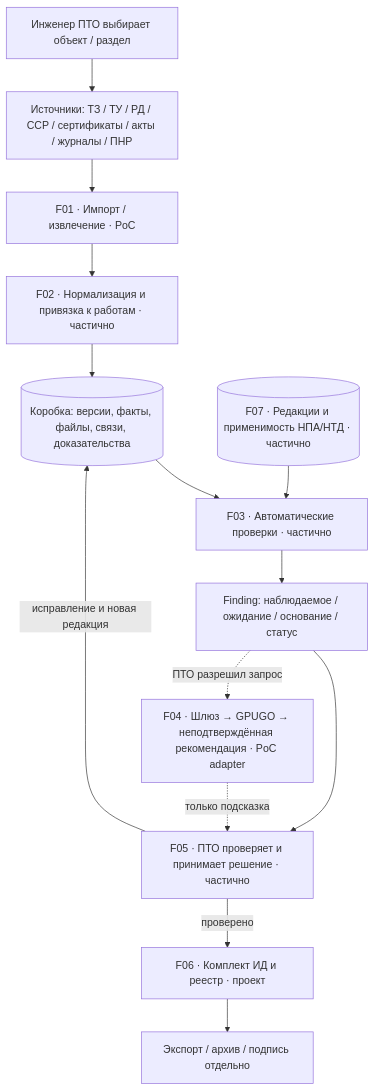
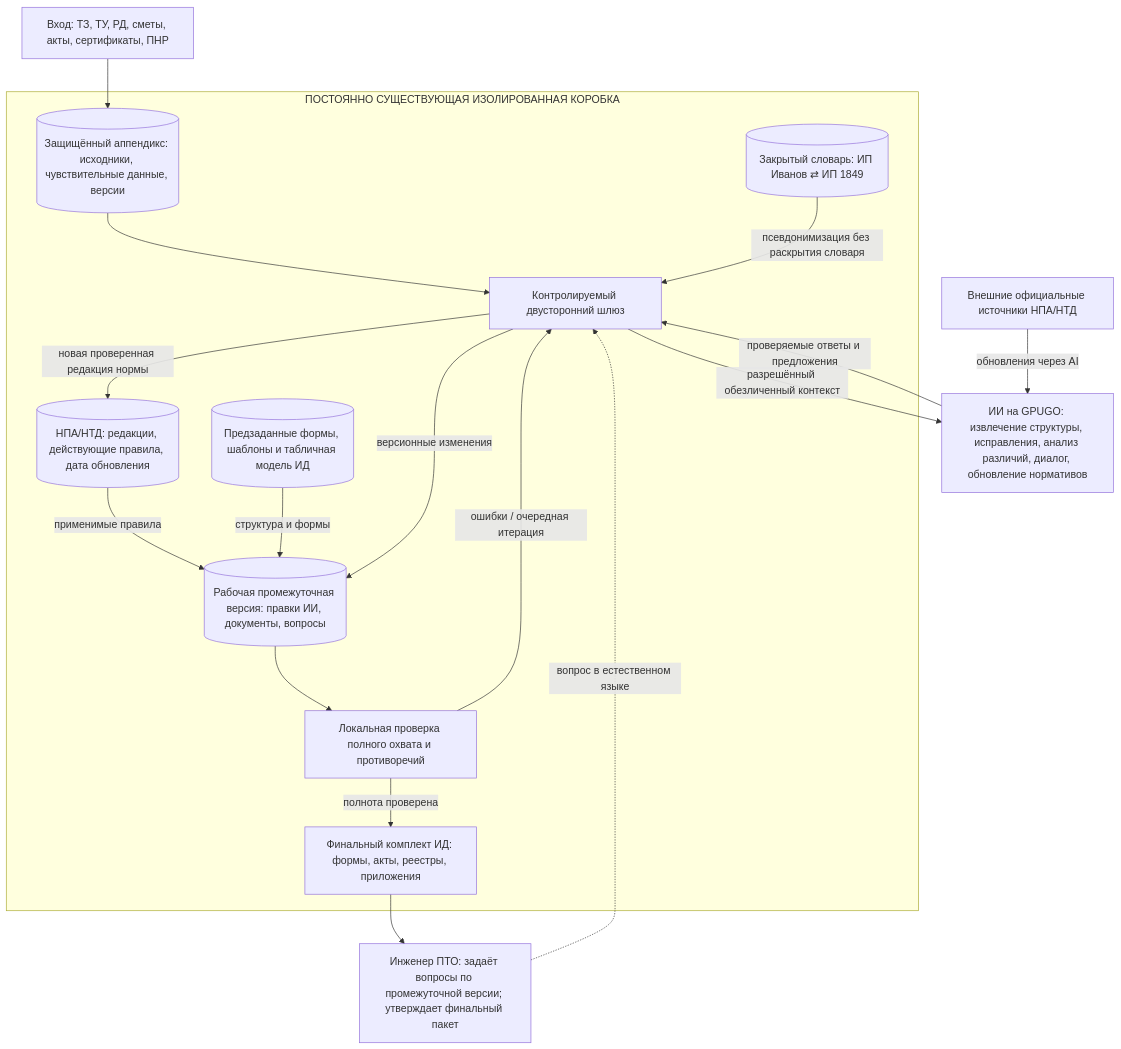
One commit to jetsedpack/construction-docs-saas changed the first of 8 diagrams in docs/functional/flowcharts.md. Above: the diagram before and after it, drawn with Mermaid. The commit also changed other lines of this file, not shown here.

Commit message:
docs: redraw A0 Mermaid as persistent box with protected ingress, AI edits and normative updater

````diff
--- a/docs/functional/flowcharts.md
+++ b/docs/functional/flowcharts.md
@@ -9,25 +11,32 @@
 ```mermaid
 flowchart TD
-  U["Инженер ПТО выбирает объект / раздел"]
-  SRC["Источники: ТЗ / ТУ / РД / ССР / сертификаты / акты / журналы / ПНР"]
-  I["F01 · Импорт / извлечение · PoC"]
-  N["F02 · Нормализация и привязка к работам · частично"]
-  BOX[("Коробка: версии, факты, файлы, связи, доказательства")]
-  RULES["F03 · Автоматические проверки · частично"]
-  NORMS[("F07 · Редакции и применимость НПА/НТД · частично")]
-  FOUND["Finding: наблюдаемое / ожидание / основание / статус"]
-  P["F05 · ПТО проверяет и принимает решение · частично"]
-  AI["F04 · Шлюз → GPUGO → неподтверждённая рекомендация · PoC adapter"]
-  OUT["F06 · Комплект ИД и реестр · проект"]
-  END["Экспорт / архив / подпись отдельно"]
-
-  U --> SRC --> I --> N --> BOX
-  BOX --> RULES
-  NORMS --> RULES
-  RULES --> FOUND
-  FOUND --> P
-  FOUND -. "ПТО разрешил запрос" .-> AI
-  AI -. "только подсказка" .-> P
-  P -->|"исправление и новая редакция"| BOX
-  P -->|"проверено"| OUT --> END
+  INPUT["Вход: ТЗ, ТУ, РД, сметы, акты, сертификаты, ПНР"]
+  SOURCES["Внешние официальные источники НПА/НТД"]
+  subgraph BOX["ПОСТОЯННО СУЩЕСТВУЮЩАЯ ИЗОЛИРОВАННАЯ КОРОБКА"]
+    RAW[("Защищённый аппендикс: исходники, чувствительные данные, версии")]
+    NORMS[("НПА/НТД: редакции, действующие правила, дата обновления")]
+    TEMPLATES[("Предзаданные формы, шаблоны и табличная модель ИД")]
+    ALIASES[("Закрытый словарь: ИП Иванов ⇄ ИП 1849")]
+    GATE["Контролируемый двусторонний шлюз"]
+    STAGE[("Рабочая промежуточная версия: правки ИИ, документы, вопросы")]
+    COVERAGE["Локальная проверка полного охвата и противоречий"]
+    RESULT["Финальный комплект ИД: формы, акты, реестры, приложения"]
+    RAW --> GATE
+    ALIASES -->|"псевдонимизация без раскрытия словаря"| GATE
+    NORMS -->|"применимые правила"| STAGE
+    TEMPLATES -->|"структура и формы"| STAGE
+    GATE -->|"версионные изменения"| STAGE
+    STAGE --> COVERAGE
+    COVERAGE -->|"ошибки / очередная итерация"| GATE
+    COVERAGE -->|"полнота проверена"| RESULT
+  end
+  AI["ИИ на GPUGO: извлечение структуры, исправления, анализ различий, диалог, обновление нормативов"]
+  PTO["Инженер ПТО: задаёт вопросы по промежуточной версии; утверждает финальный пакет"]
+  INPUT --> RAW
+  SOURCES -->|"обновления через AI"| AI
+  GATE -->|"разрешённый обезличенный контекст"| AI
+  AI -->|"проверяемые ответы и предложения"| GATE
+  GATE -->|"новая проверенная редакция нормы"| NORMS
+  PTO -. "вопрос в естественном языке" .-> GATE
+  RESULT --> PTO
 ```
````
